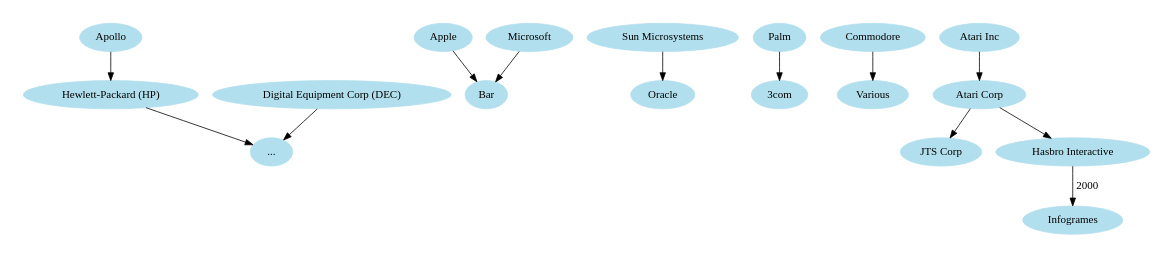
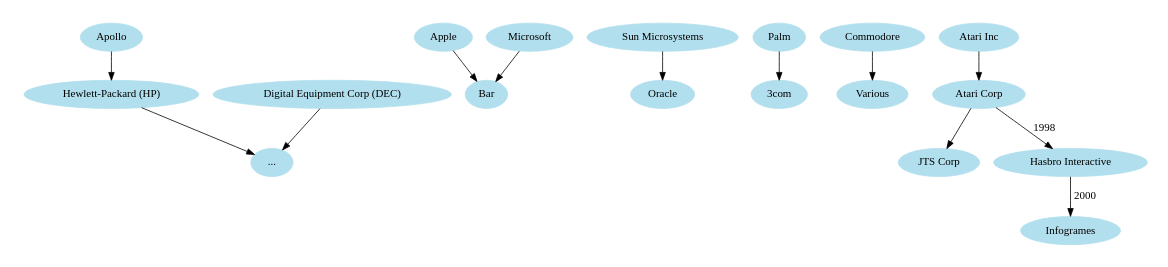
One commit to codejake/tech-companies-family-tree changed the diagram in tech-companies.dot. Above: the diagram before and after it, drawn with Graphviz. The commit also changed 1 other file, not shown here.

```diff
--- a/tech-companies.dot
+++ b/tech-companies.dot
@@ -1,17 +1,17 @@
 digraph techcompanies {
     size="6,6";
     node [color=lightblue2, style=filled];
     "Apollo" -> "Hewlett-Packard (HP)"; /* Founded 1980, Acquired 1989 */
     "Digital Equipment Corp (DEC)" -> "...";
     "Hewlett-Packard (HP)" -> "...";
     "Apple" -> "Bar";
     "Microsoft" -> "Bar";
     "Sun Microsystems" -> "Oracle";
     "Palm" -> "3com";
     "Commodore" -> "Various";
     "Atari Inc" -> "Atari Corp";
     "Atari Corp" -> "JTS Corp";
-    "Atari Corp" -> "Hasbro Interactive";
+    "Atari Corp" -> "Hasbro Interactive" [label="1998"];
     "Hasbro Interactive" -> "Infogrames" [label="2000"];
 
 }
```
